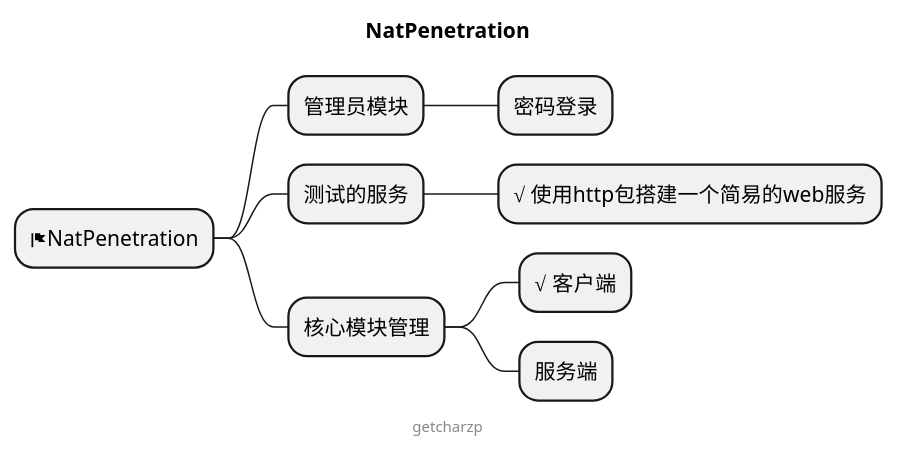
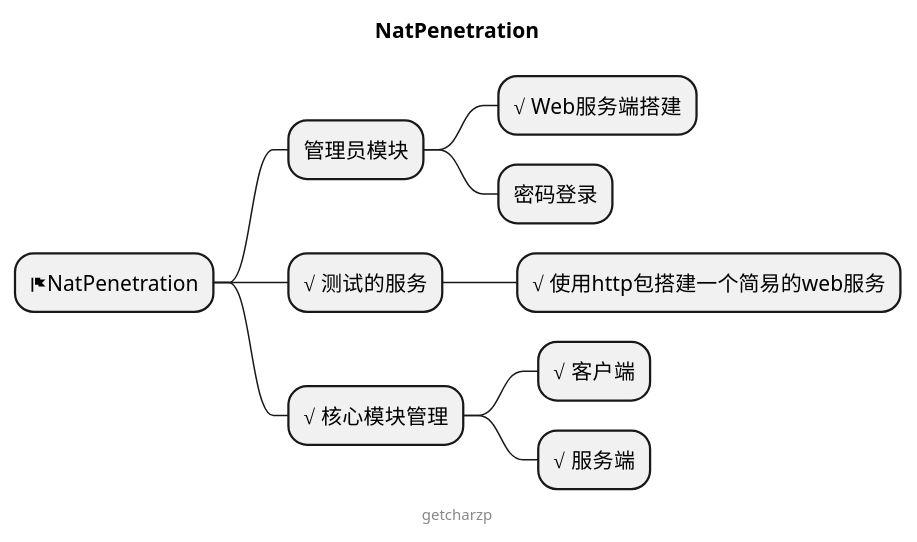
One commit to GetcharZp/nat-penetratin changed the diagram in mind.puml. Above: the diagram before and after it, drawn with PlantUML. The commit also changed 7 other files, not shown here.

```diff
--- a/mind.puml
+++ b/mind.puml
@@ -1,16 +1,17 @@
 @startmindmap
 
 title NatPenetration
 
 * <&flag>NatPenetration
 ** 管理员模块
+*** √ Web服务端搭建
 *** 密码登录
-** 测试的服务
+** √ 测试的服务
 *** √ 使用http包搭建一个简易的web服务
-** 核心模块管理
+** √ 核心模块管理
 *** √ 客户端
-*** 服务端
+*** √ 服务端
 
 center footer getcharzp
 
 @endmindmap
```
